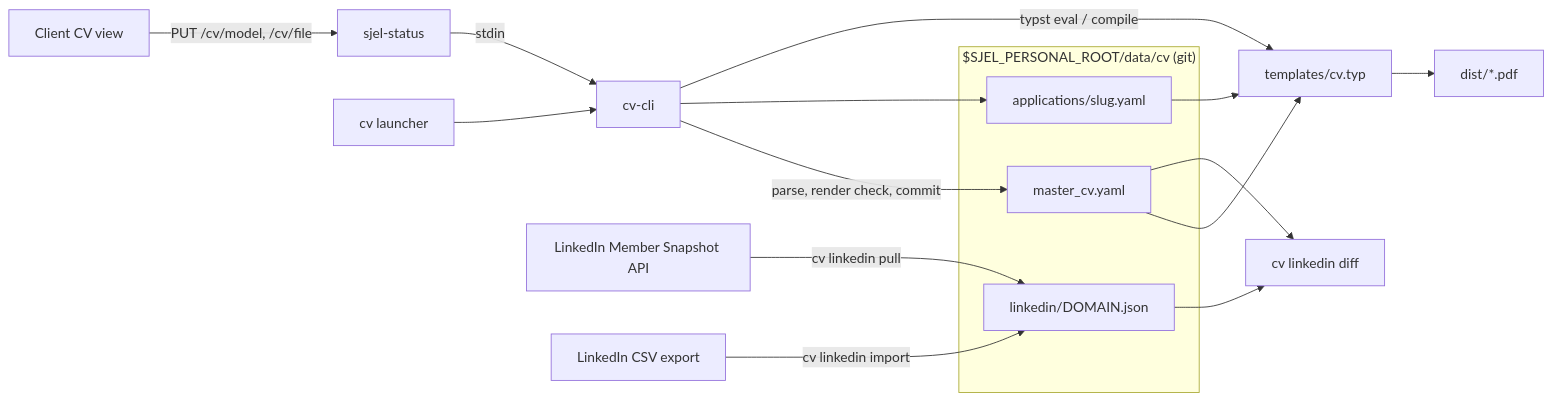
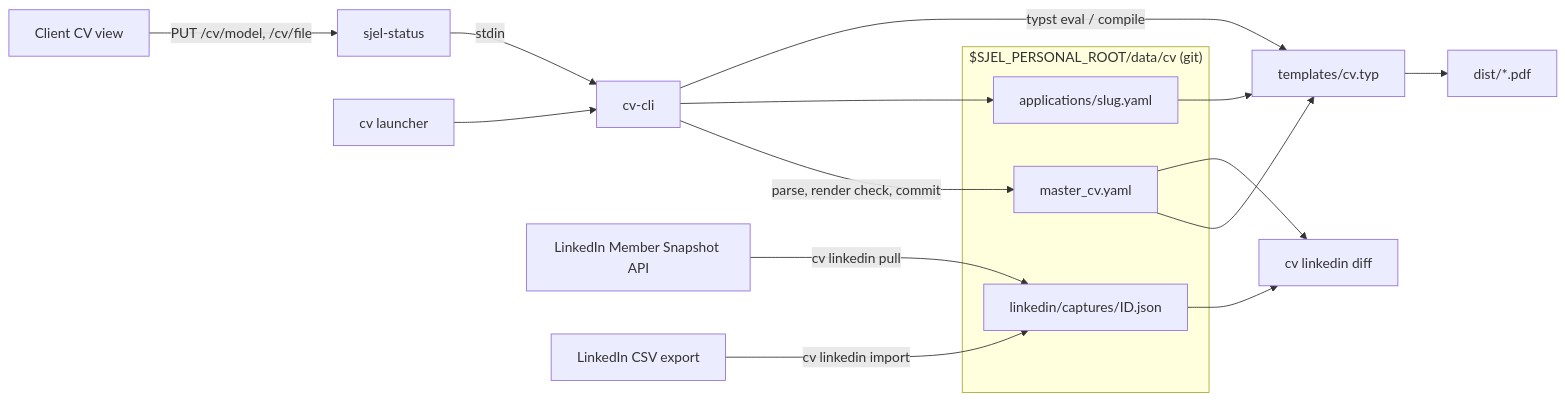
Before and after one commit to larsboes/Sjel: the diagram in docs/capabilities/cv.md, drawn with Mermaid. The commit also changed other lines of this file and 5 other files, not shown here.

````diff
--- a/docs/capabilities/cv.md
+++ b/docs/capabilities/cv.md
@@ -6,21 +6,21 @@
 ```mermaid
 flowchart LR
   subgraph Overlay["$SJEL_PERSONAL_ROOT/data/cv (git)"]
     M[master_cv.yaml]
     A[applications/slug.yaml]
-    L[linkedin/DOMAIN.json]
+    L[linkedin/captures/ID.json]
   end
   UI["Client CV view"] -->|PUT /cv/model, /cv/file| S[sjel-status]
   S -->|stdin| C[cv-cli]
   CLI[cv launcher] --> C
   C -->|parse, render check, commit| M
   C --> A
   C -->|typst eval / compile| T[templates/cv.typ]
   M --> T
   A --> T
   T --> P[dist/*.pdf]
   LI[LinkedIn Member Snapshot API] -->|cv linkedin pull| L
   X[LinkedIn CSV export] -->|cv linkedin import| L
   L --> D[cv linkedin diff]
   M --> D
 ```
````
